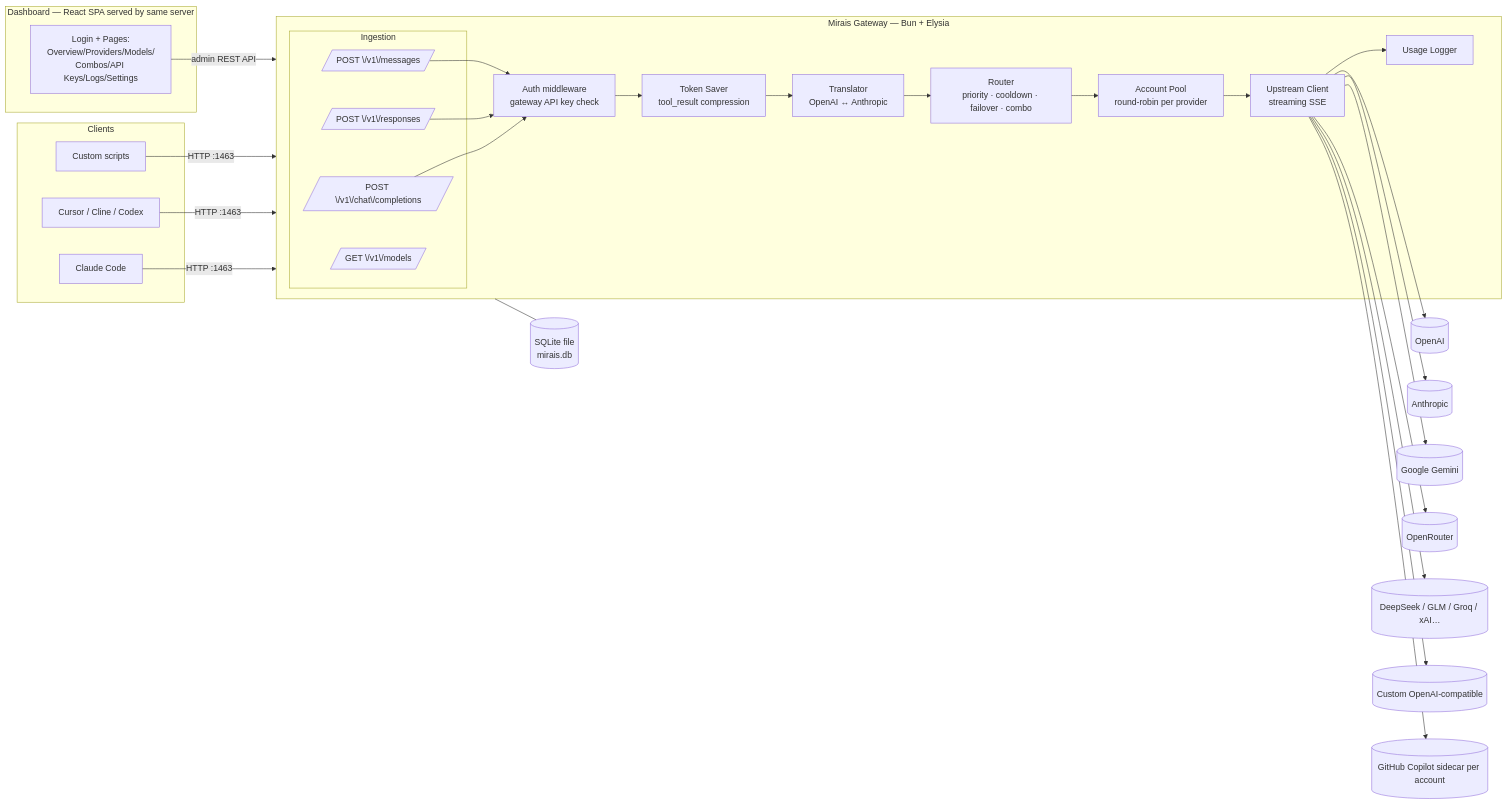
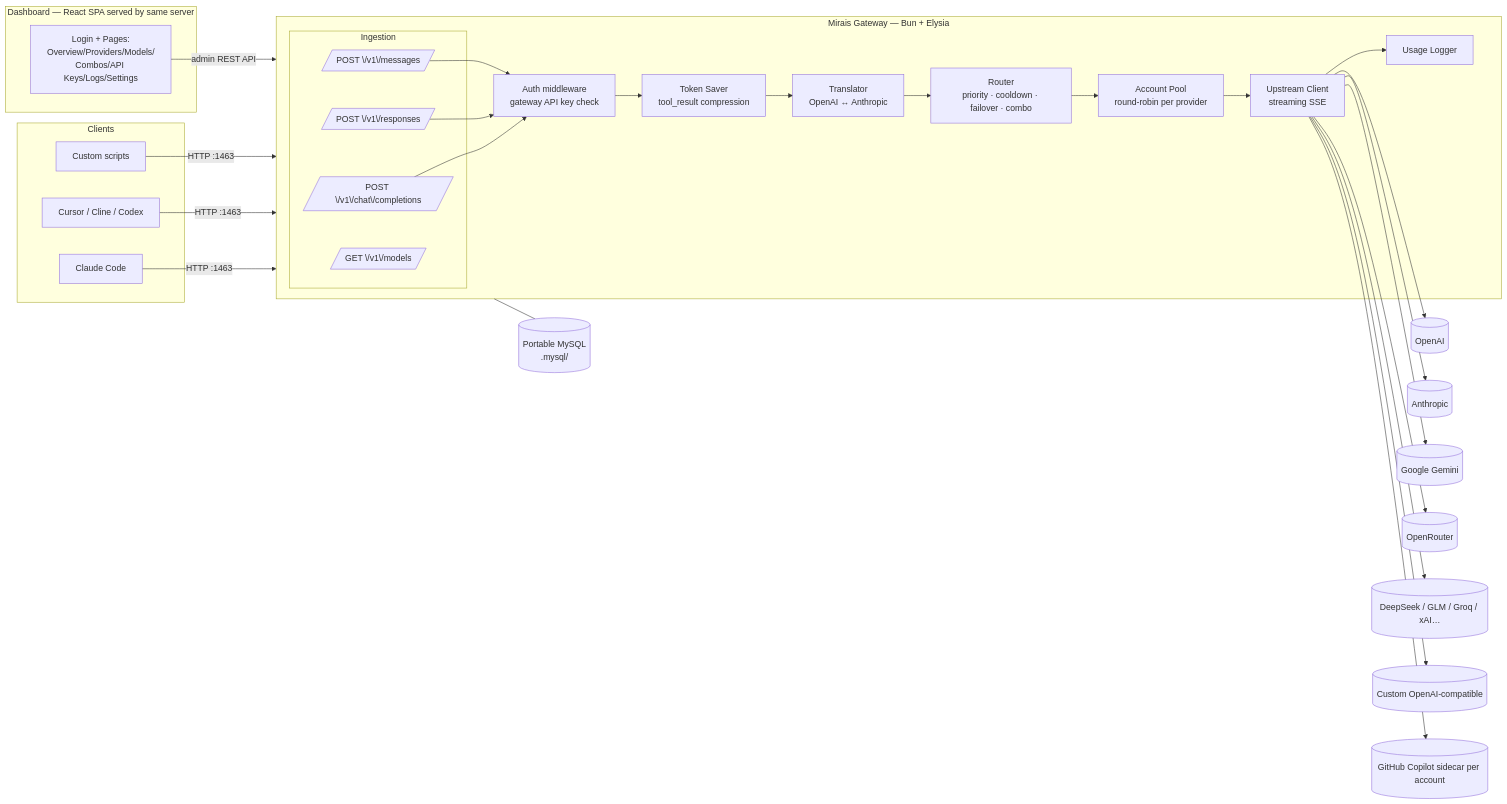
The first of 2 diagrams in docs/01-architecture.md (levanza1358/mirais), drawn with Mermaid before and after one commit. The commit also changed other lines of this file and 97 other files, not shown here.

Commit message:
refactor: make MySQL portable database only

````diff
--- a/docs/01-architecture.md
+++ b/docs/01-architecture.md
@@ -5,45 +5,45 @@
 ```mermaid
 flowchart LR
     subgraph Clients
         A[Claude Code] 
         B[Cursor / Cline / Codex]
         C[Custom scripts]
     end
 
     A & B & C -->|HTTP :1463| GW
 
     subgraph GW[Mirais Gateway — Bun + Elysia]
         subgraph Ingestion
             R1[/POST \/v1\/chat\/completions/]
             R2[/POST \/v1\/responses/]
             R3[/POST \/v1\/messages/]
             R4[/GET \/v1\/models/]
         end
 
         AUTH[Auth middleware<br/>gateway API key check]
         TS[Token Saver<br/>tool_result compression]
         TR[Translator<br/>OpenAI ↔ Anthropic]
         RT[Router<br/>priority · cooldown · failover · combo]
         ACC[Account Pool<br/>round-robin per provider]
         UP[Upstream Client<br/>streaming SSE]
         LOG[Usage Logger]
 
         R1 & R2 & R3 --> AUTH --> TS --> TR --> RT --> ACC --> UP
         UP --> LOG
     end
 
     UP --> P1[(OpenAI)]
     UP --> P2[(Anthropic)]
     UP --> P3[(Google Gemini)]
     UP --> P4[(OpenRouter)]
     UP --> P5[(DeepSeek / GLM / Groq / xAI…)]
     UP --> P6[(Custom OpenAI-compatible)]
     UP --> P7[(GitHub Copilot sidecar per account)]
 
     subgraph Admin[Dashboard — React SPA served by same server]
         UI[Login + Pages:<br/>Overview/Providers/Models/<br/>Combos/API Keys/Logs/Settings]
     end
 
     UI -->|admin REST API| GW
-    GW --- DB[(SQLite file<br/>mirais.db)]
+    GW --- DB[(Portable MySQL<br/>.mysql/)]
 ```
````
